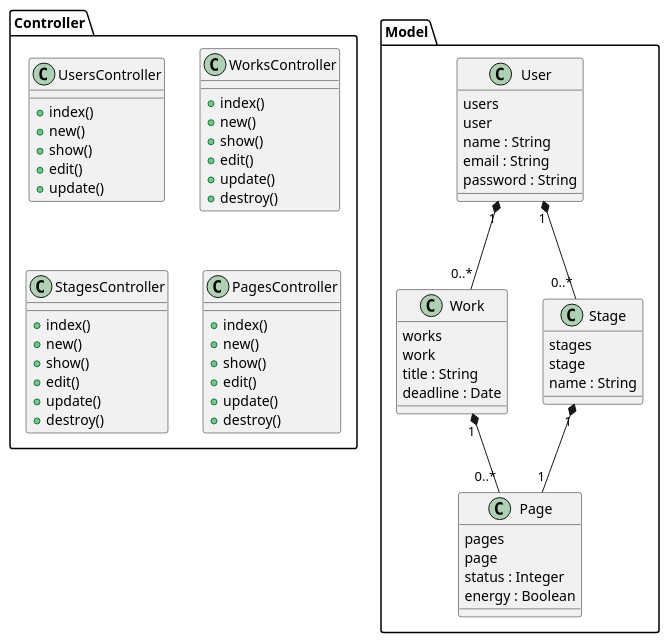
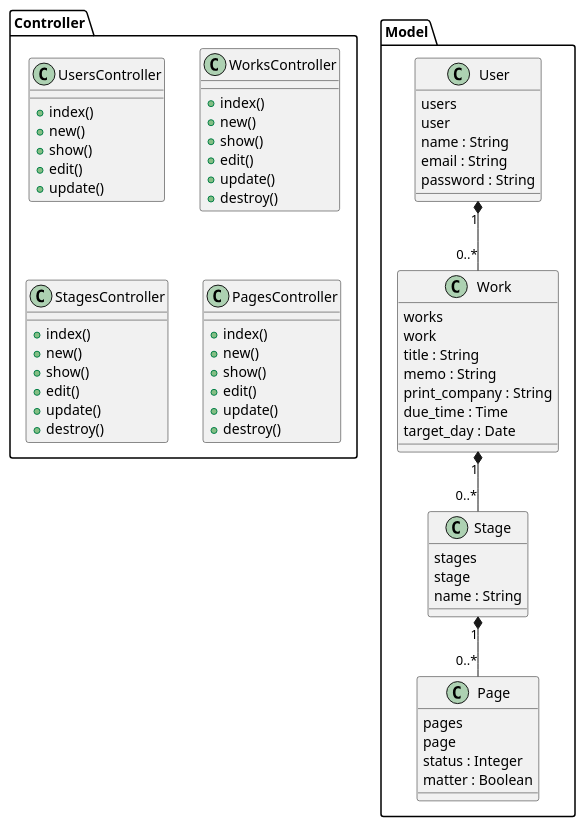
One commit to UsaMomokawa/gen changed the diagram in gen.wsd. Above: the diagram before and after it, drawn with PlantUML.

Commit message:
UML図を修正

```diff
--- a/gen.wsd
+++ b/gen.wsd
@@ -1,74 +1,76 @@
 @startuml
 folder Model {
   User "1" *-- "0..*" Work
-  User "1" *-- "0..*" Stage
-  Work "1" *-- "0..*" Page
-  Stage "1" *-- "1" Page
+  Work "1" *-- "0..*" Stage
+  Stage "1" *-- "0..*" Page
 
   class User {
     users
     user
     name : String
     email : String
     password : String
   }
 
   class Work {
     works
     work
     title : String
-    deadline : Date
+    memo : String
+    print_company : String
+    due_time : Time
+    target_day : Date
   }
 
   class Page {
     pages
     page
     status : Integer
-    energy : Boolean
+    matter : Boolean
   }
 
   class Stage {
     stages
     stage
     name : String
   }
 }
 
 folder Controller {
   class UsersController {
     +index()
     +new()
     +show()
     +edit()
     +update()
   }
 
   class WorksController {
     +index()
     +new()
     +show()
     +edit()
     +update()
     +destroy()
   }
 
   class StagesController {
     +index()
     +new()
     +show()
     +edit()
     +update()
     +destroy()
   }
 
   class PagesController {
     +index()
     +new()
     +show()
     +edit()
     +update()
     +destroy()
   }
 }
 
 @enduml
```
